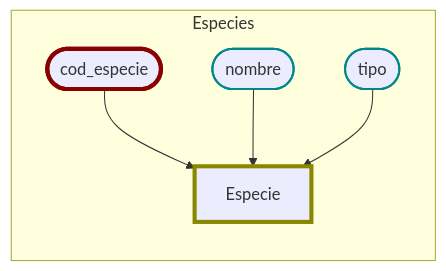
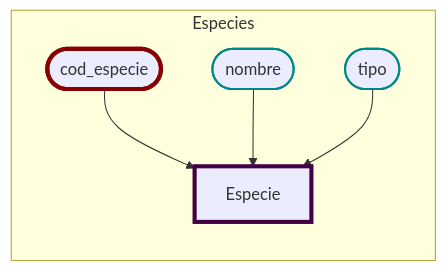
Before and after one commit to JulTob/Data: the second of 7 diagrams in DataBases/lonja_DB.md, drawn with Mermaid. The commit also changed other lines of this file, not shown here.

````diff
--- a/DataBases/lonja_DB.md
+++ b/DataBases/lonja_DB.md
@@ -165,15 +165,15 @@
 ```mermaid
 flowchart LR   
   classDef atributo stroke:#088,stroke-width:2px;
   classDef pk stroke:#800,stroke-width:4px;
-  classDef entidad stroke:#880,stroke-width:4px;
+  classDef entidad stroke:#404,stroke-width:4px;
 
   %% Atributos ESPECIE
   subgraph Especies
   cod_especie([cod_especie]):::pk --> Especie
   nombre_especie([nombre]):::atributo --> Especie
   tipo_especie([tipo]):::atributo --> Especie
   Especie:::entidad
   end
 
 ```
````
